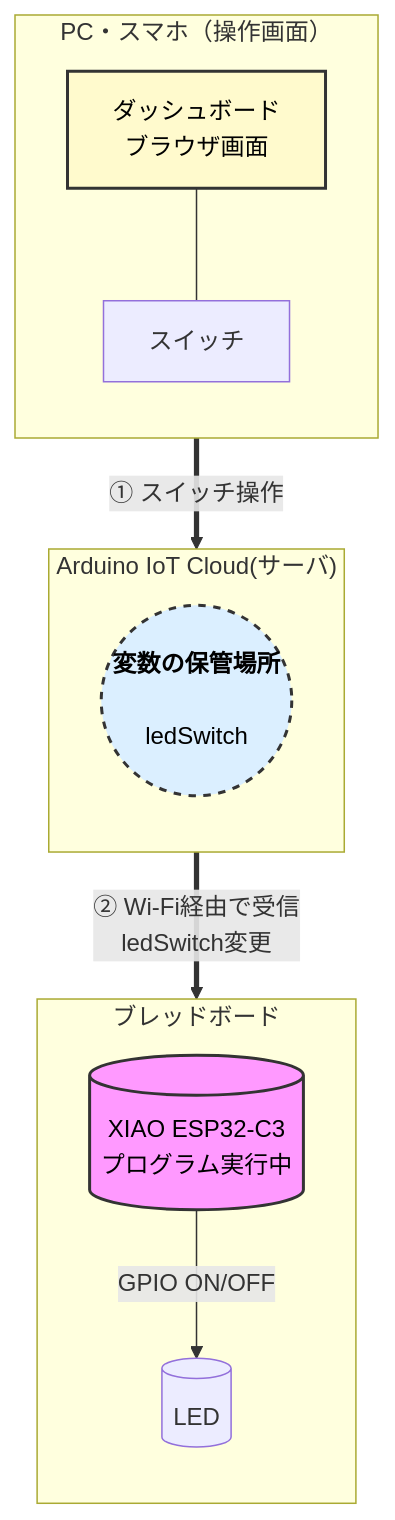
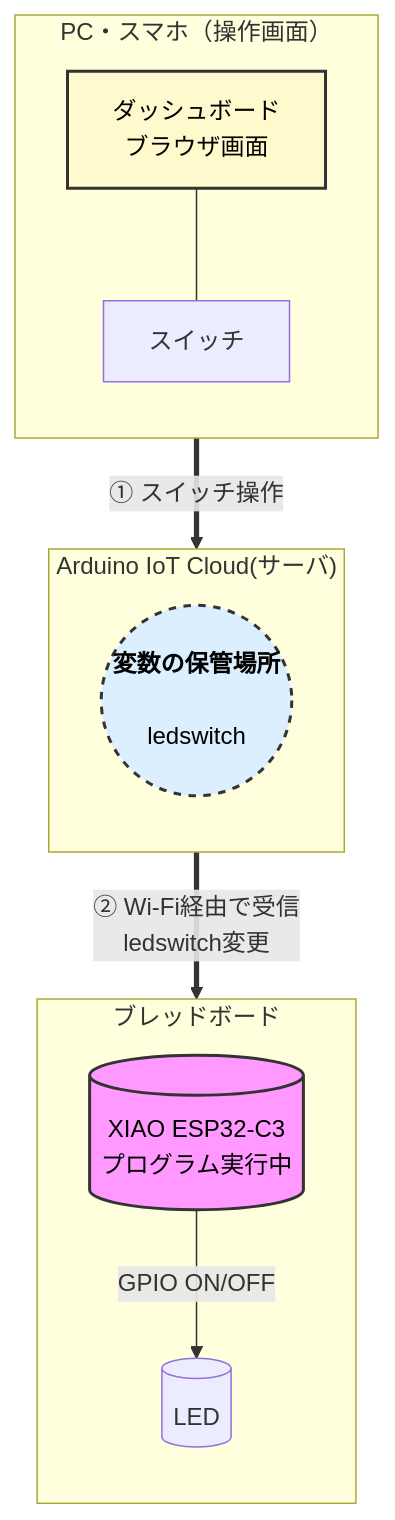
Before and after one commit to kanpapa/kanpapa.com: the diagram in content/post/otafab-esp32-arduino-cloud-blink/index.md, drawn with Mermaid. The commit also changed other lines of this file, not shown here.

````diff
--- a/content/post/otafab-esp32-arduino-cloud-blink/index.md
+++ b/content/post/otafab-esp32-arduino-cloud-blink/index.md
@@ -32,30 +32,30 @@
 ```mermaid
 graph TD
     %% スタイル定義
     classDef hardware fill:#f9f,stroke:#333,stroke-width:2px,color:black;
     classDef cloud fill:#dbefff,stroke:#333,stroke-width:2px,stroke-dasharray: 5 5,color:black;
     classDef dashboard fill:#fffacd,stroke:#333,stroke-width:2px,color:black;
 
     subgraph BreadBoard ["ブレッドボード"]
         direction TB
         ESP32C3[("XIAO ESP32-C3<br>プログラム実行中")]:::hardware
         LED[("LED")]        
         ESP32C3 --"GPIO ON/OFF"--> LED
     end
 
     subgraph Internet ["Arduino IoT Cloud(サーバ)"]
         direction TB
-        CloudBox(("<B>変数の保管場所</B><br><br>ledSwitch<br>")):::cloud
+        CloudBox(("<B>変数の保管場所</B><br><br>ledswitch<br>")):::cloud
     end
 
     subgraph PC_Smartphone ["PC・スマホ（操作画面）"]
         direction TB
         DashBoard["ダッシュボード<br>ブラウザ画面"]:::dashboard
         SwitchWidget["スイッチ"]
         DashBoard --- SwitchWidget
     end
 
     %% 通信の流れ
     SwitchWidget == "① スイッチ操作" ==> CloudBox
-    CloudBox == "② Wi-Fi経由で受信<br>ledSwitch変更" ==> ESP32C3
+    CloudBox == "② Wi-Fi経由で受信<br>ledswitch変更" ==> ESP32C3
 ```
````
